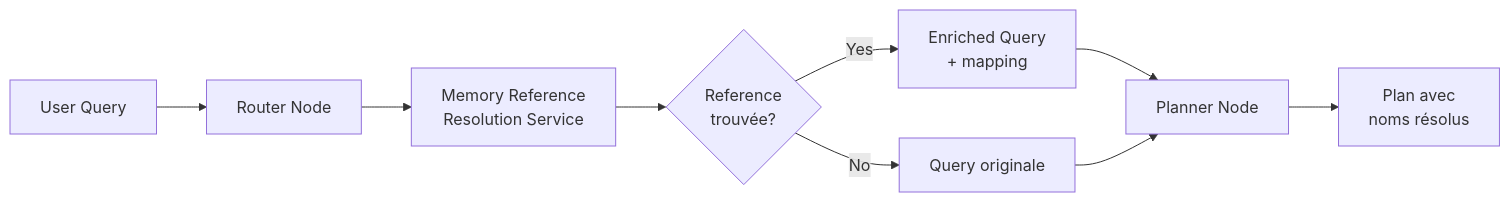
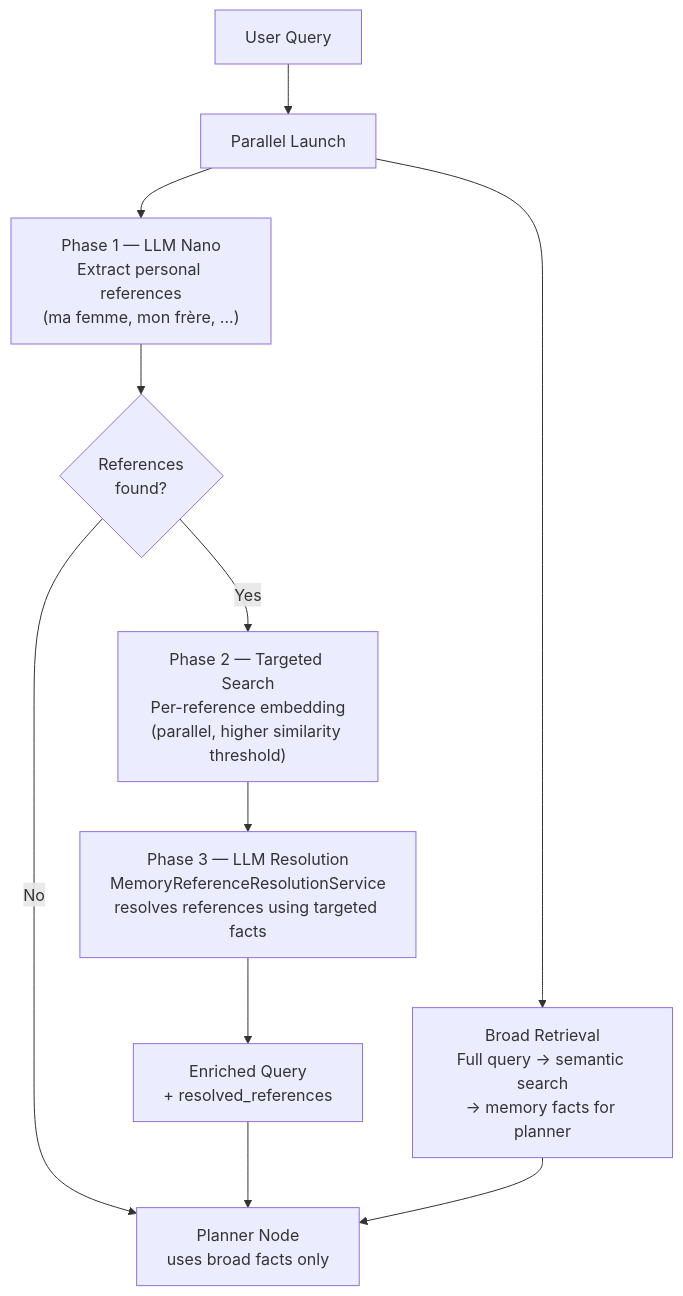
The seventh of 7 diagrams in docs/technical/PLANNER.md (jgouviergmail/LIA-Assistant), drawn with Mermaid before and after one commit. The commit also changed other lines of this file and 145 other files, not shown here.

First line of the commit message:
feat(release): v1.15.0 — User MCP ReAct, 3-phase memory resolution, initiative eligibility, error classification

````diff
--- a/docs/technical/PLANNER.md
+++ b/docs/technical/PLANNER.md
@@ -1795,11 +1797,17 @@
 ```mermaid
-graph LR
-    A[User Query] --> B[Router Node]
-    B --> C[Memory Reference<br/>Resolution Service]
-    C --> D{Reference<br/>trouvée?}
-    D -->|Yes| E[Enriched Query<br/>+ mapping]
-    D -->|No| F[Query originale]
-    E --> G[Planner Node]
+graph TD
+    A[User Query] --> P["Parallel Launch"]
+
+    P --> B1["Phase 1 — LLM Nano<br/>Extract personal references<br/>(ma femme, mon frère, ...)"]
+    P --> B2["Broad Retrieval<br/>Full query → semantic search<br/>→ memory facts for planner"]
+
+    B1 --> C{References<br/>found?}
+    C -->|No| G[Planner Node<br/>uses broad facts only]
+    C -->|Yes| D["Phase 2 — Targeted Search<br/>Per-reference embedding<br/>(parallel, higher similarity threshold)"]
+
+    D --> E["Phase 3 — LLM Resolution<br/>MemoryReferenceResolutionService<br/>resolves references using targeted facts"]
+
+    E --> F[Enriched Query<br/>+ resolved_references]
+    B2 --> G
     F --> G
-    G --> H[Plan avec<br/>noms résolus]
 ```
````
